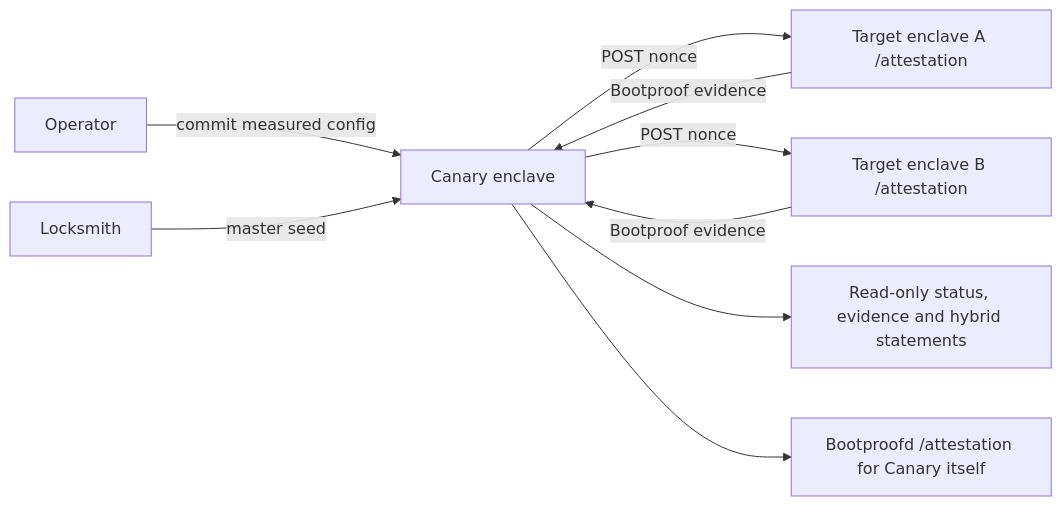
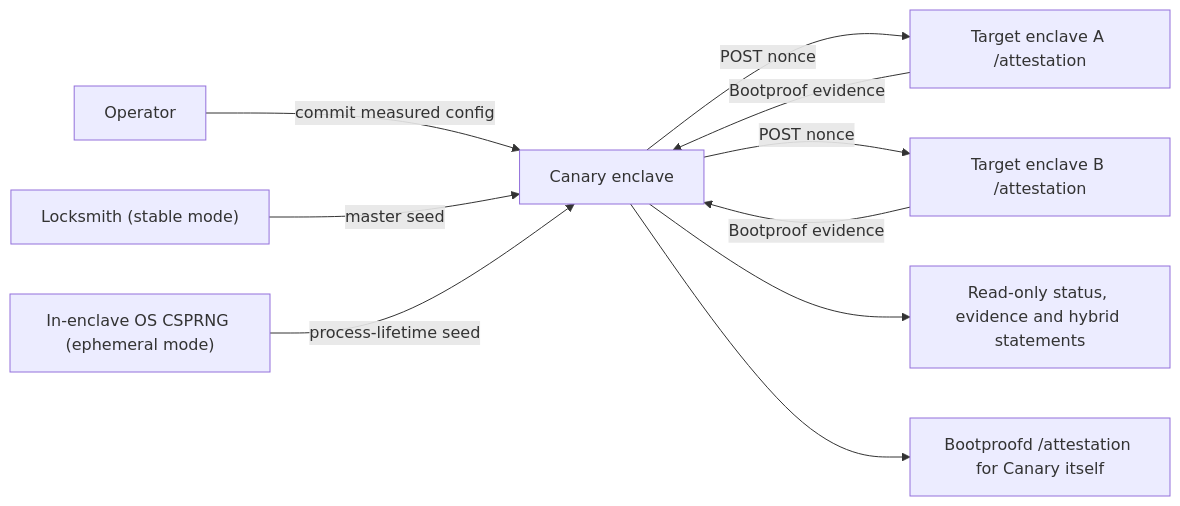
One commit to CautionHosting/canary changed the diagram in docs/canary-v0-spec.md. Above: the diagram before and after it, drawn with Mermaid. The commit also changed other lines of this file and 21 other files, not shown here.

Commit message:
feat: add attested ephemeral canary identity mode

````diff
--- a/docs/canary-v0-spec.md
+++ b/docs/canary-v0-spec.md
@@ -121,11 +122,12 @@
 ```mermaid
 flowchart LR
     O["Operator"] -->|"commit measured config"| C["Canary enclave"]
-    L["Locksmith"] -->|"master seed"| C
+    L["Locksmith (stable mode)"] -->|"master seed"| C
+    R["In-enclave OS CSPRNG (ephemeral mode)"] -->|"process-lifetime seed"| C
     C -->|"POST nonce"| T1["Target enclave A /attestation"]
     C -->|"POST nonce"| T2["Target enclave B /attestation"]
     T1 -->|"Bootproof evidence"| C
     T2 -->|"Bootproof evidence"| C
     C --> S["Read-only status, evidence and hybrid statements"]
     C --> B["Bootproofd /attestation for Canary itself"]
 ```
````
